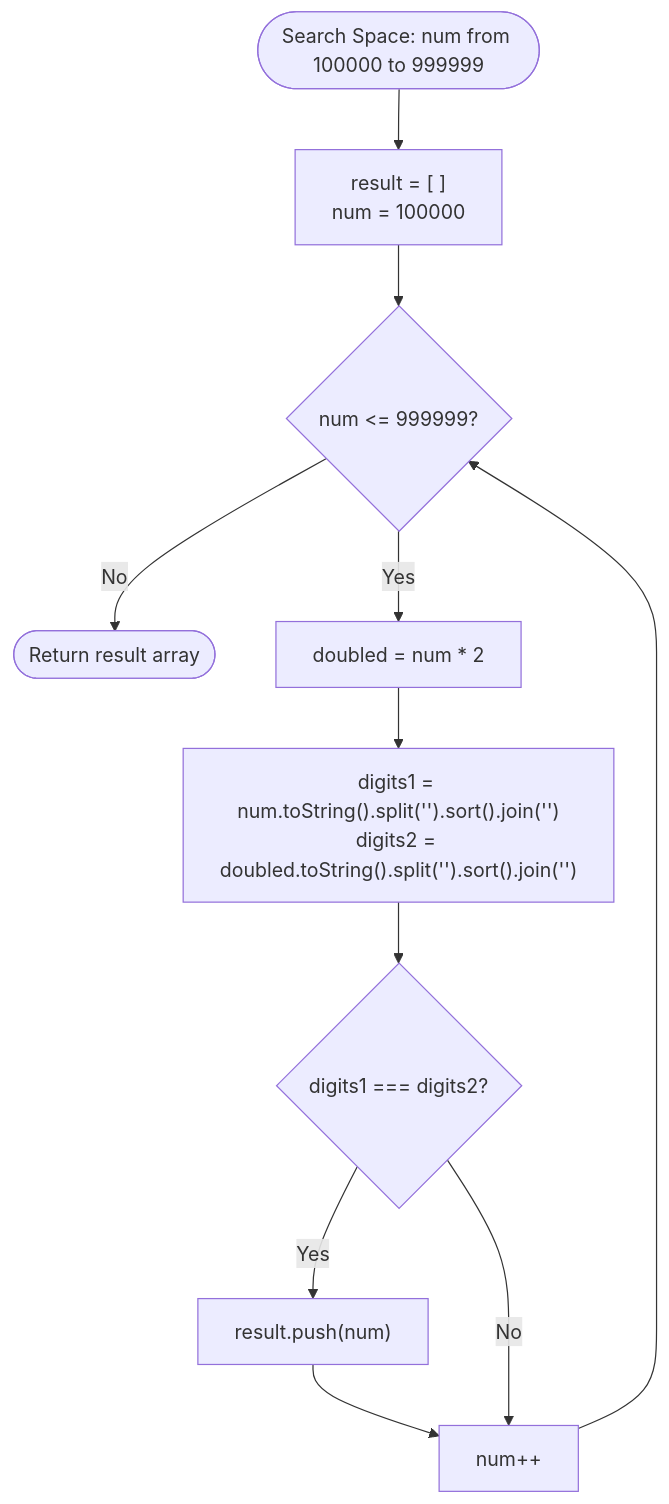
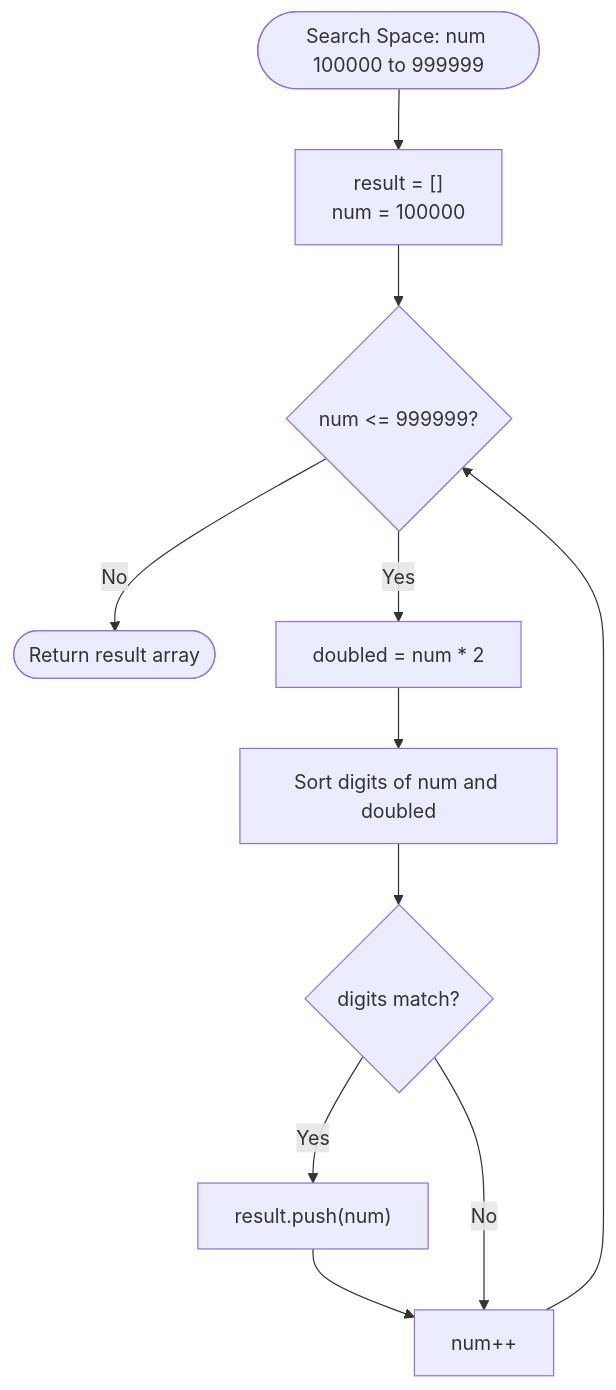
One commit to JyotiPrakashMallick/interview_prep changed diagram 16 of 16 in README.md. Above: the diagram before and after it, drawn with Mermaid.

Commit message:
New changes

````diff
--- a/README.md
+++ b/README.md
@@ -578,11 +578,11 @@
 ```mermaid
 flowchart TD
-    Start([Search Space: num from 100000 to 999999]) --> Init["result = [ ]<br/>num = 100000"]
-    Init --> Loop{"num <= 999999?"}
-    Loop -->|No| Finish([Return result array])
+    Start(["Search Space: num 100000 to 999999"]) --> Init["result = []<br/>num = 100000"]
+    Init --> Loop{"num &lt;= 999999?"}
+    Loop -->|No| Finish(["Return result array"])
     Loop -->|Yes| Double["doubled = num * 2"]
-    Double --> SortDigits["digits1 = num.toString().split('').sort().join('')<br/>digits2 = doubled.toString().split('').sort().join('')"]
-    SortDigits --> Match{"digits1 === digits2?"}
+    Double --> SortDigits["Sort digits of num and doubled"]
+    SortDigits --> Match{"digits match?"}
     Match -->|Yes| SaveMatch["result.push(num)"] --> NextNum["num++"] --> Loop
     Match -->|No| NextNum
 ```
````
